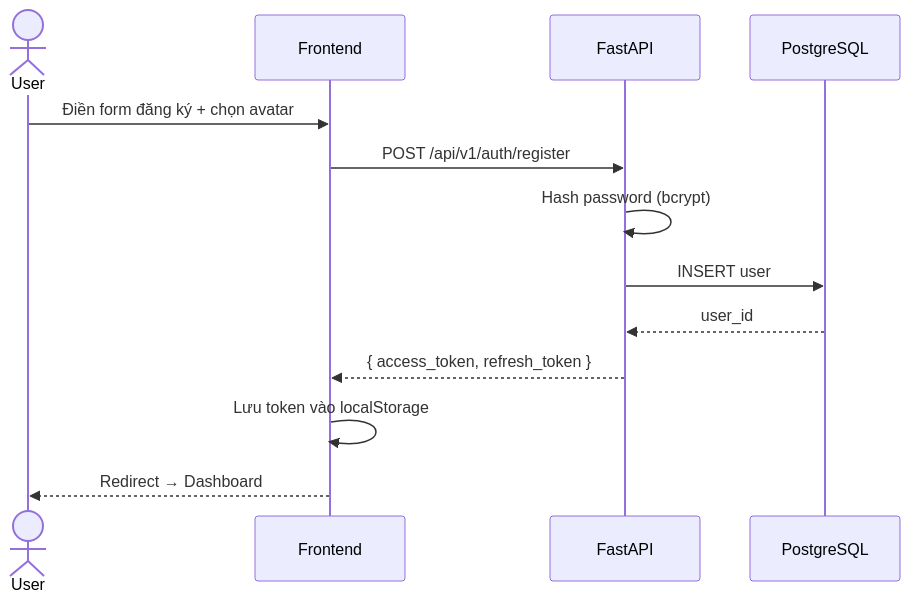
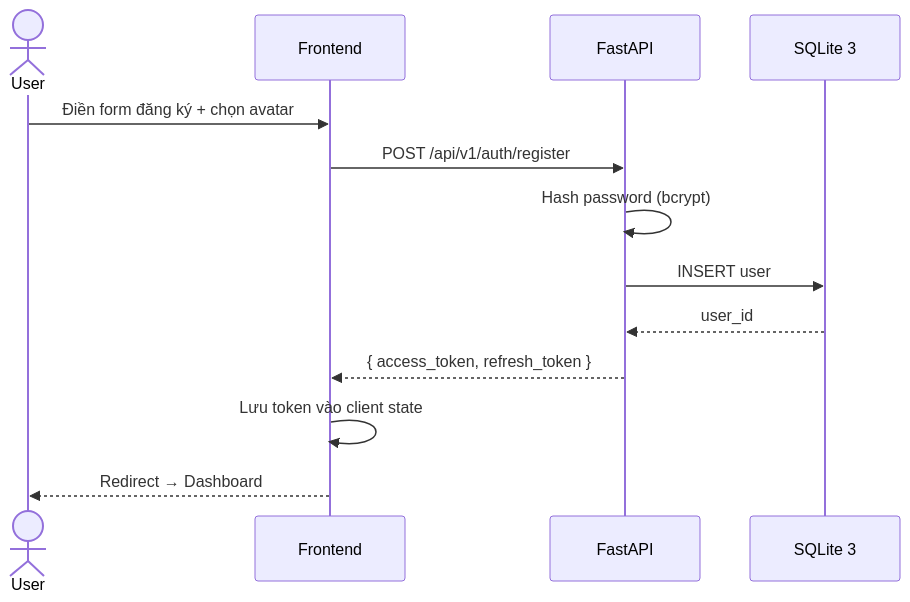
The second of 6 diagrams in docs/01-architecture.md (TIN314-Nhom10/forfriend), drawn with Mermaid before and after one commit. The commit also changed other lines of this file and 15 other files, not shown here.

````diff
--- a/docs/01-architecture.md
+++ b/docs/01-architecture.md
@@ -49,16 +49,16 @@
 ```mermaid
 sequenceDiagram
     actor U as User
     participant FE as Frontend
     participant BE as FastAPI
-    participant DB as PostgreSQL
+    participant DB as SQLite 3
 
     U->>FE: Điền form đăng ký + chọn avatar
     FE->>BE: POST /api/v1/auth/register
     BE->>BE: Hash password (bcrypt)
     BE->>DB: INSERT user
     DB-->>BE: user_id
     BE-->>FE: { access_token, refresh_token }
-    FE->>FE: Lưu token vào localStorage
+    FE->>FE: Lưu token vào client state
     FE-->>U: Redirect → Dashboard
 ```
````
